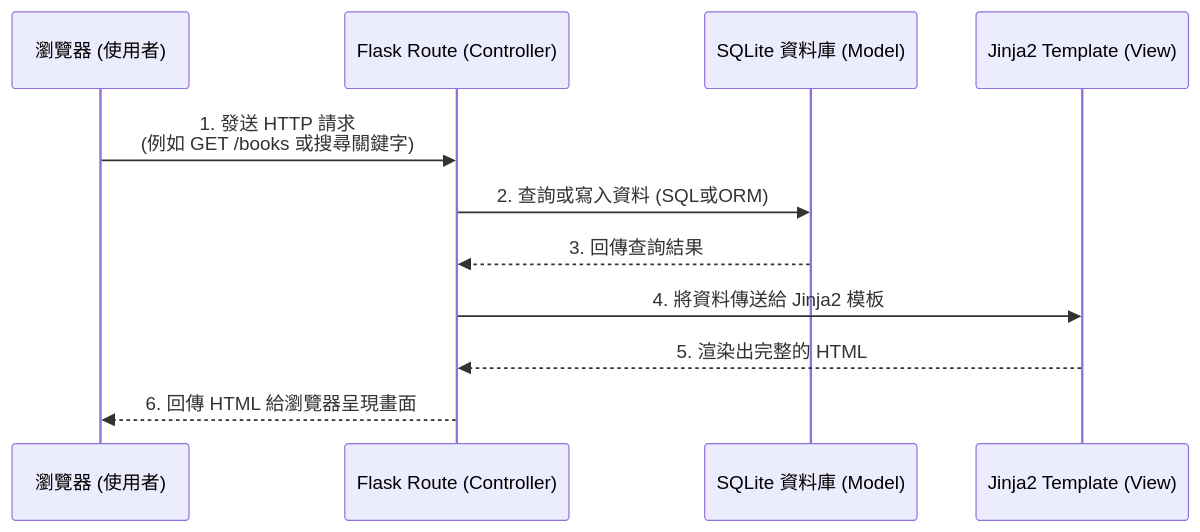
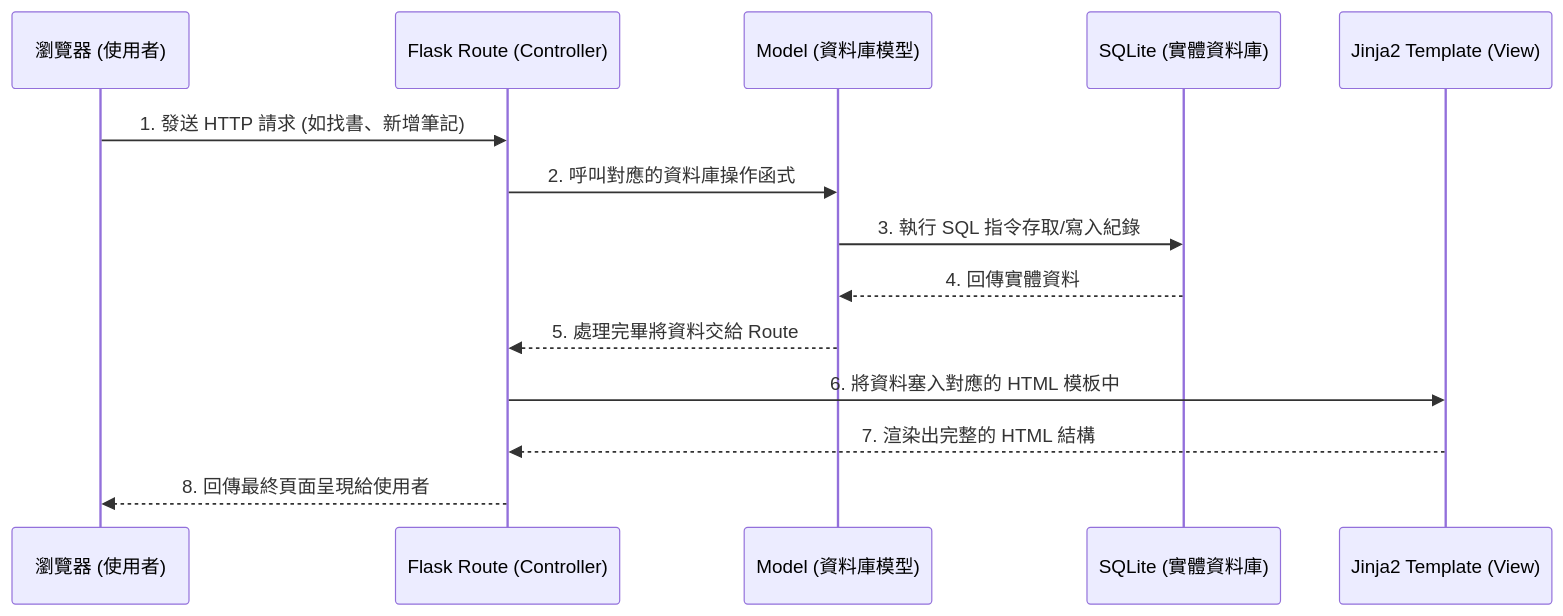
The diagram in docs/ARCHITECTURE.md (erica22luo-cmd/web_app_development), drawn with Mermaid before and after one commit. The commit also changed other lines of this file and 1 other file, not shown here.

Commit message:
feat: add database schema and models

````diff
--- a/docs/ARCHITECTURE.md
+++ b/docs/ARCHITECTURE.md
@@ -54,14 +60,17 @@
 ```mermaid
 sequenceDiagram
     participant Browser as 瀏覽器 (使用者)
     participant Route as Flask Route (Controller)
-    participant DB as SQLite 資料庫 (Model)
+    participant Model as Model (資料庫模型)
+    participant DB as SQLite (實體資料庫)
     participant Template as Jinja2 Template (View)
 
-    Browser->>Route: 1. 發送 HTTP 請求<br> (例如 GET /books 或搜尋關鍵字)
-    Route->>DB: 2. 查詢或寫入資料 (SQL或ORM)
-    DB-->>Route: 3. 回傳查詢結果
-    Route->>Template: 4. 將資料傳送給 Jinja2 模板
-    Template-->>Route: 5. 渲染出完整的 HTML
-    Route-->>Browser: 6. 回傳 HTML 給瀏覽器呈現畫面
+    Browser->>Route: 1. 發送 HTTP 請求 (如找書、新增筆記)
+    Route->>Model: 2. 呼叫對應的資料庫操作函式
+    Model->>DB: 3. 執行 SQL 指令存取/寫入紀錄
+    DB-->>Model: 4. 回傳實體資料
+    Model-->>Route: 5. 處理完畢將資料交給 Route
+    Route->>Template: 6. 將資料塞入對應的 HTML 模板中
+    Template-->>Route: 7. 渲染出完整的 HTML 結構
+    Route-->>Browser: 8. 回傳最終頁面呈現給使用者
 ```
````
